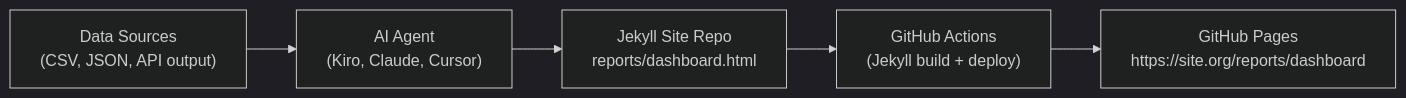
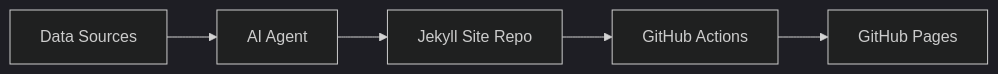
Before and after one commit to mcgarrah/mcgarrah.github.io: the first of 2 diagrams in _drafts/2026-06-01-ai-generated-html-reports-jekyll-github-pages.md, drawn with Mermaid (dark theme). The commit also changed other lines of this file, not shown here.

Commit message:
Simplify mermaid node labels to fix rendering issues

````diff
--- a/_drafts/2026-06-01-ai-generated-html-reports-jekyll-github-pages.md
+++ b/_drafts/2026-06-01-ai-generated-html-reports-jekyll-github-pages.md
@@ -55,7 +55,7 @@
 ```mermaid
 flowchart LR
-    A["Data Sources<br/>(CSV, JSON, API output)"] --> B["AI Agent<br/>(Kiro, Claude, Cursor)"]
-    B --> C["Jekyll Site Repo<br/>reports/dashboard.html"]
-    C --> D["GitHub Actions<br/>(Jekyll build + deploy)"]
-    D --> E["GitHub Pages<br/>https://site.org/reports/dashboard"]
+    A["Data Sources"] --> B["AI Agent"]
+    B --> C["Jekyll Site Repo"]
+    C --> D["GitHub Actions"]
+    D --> E["GitHub Pages"]
 ```
````
